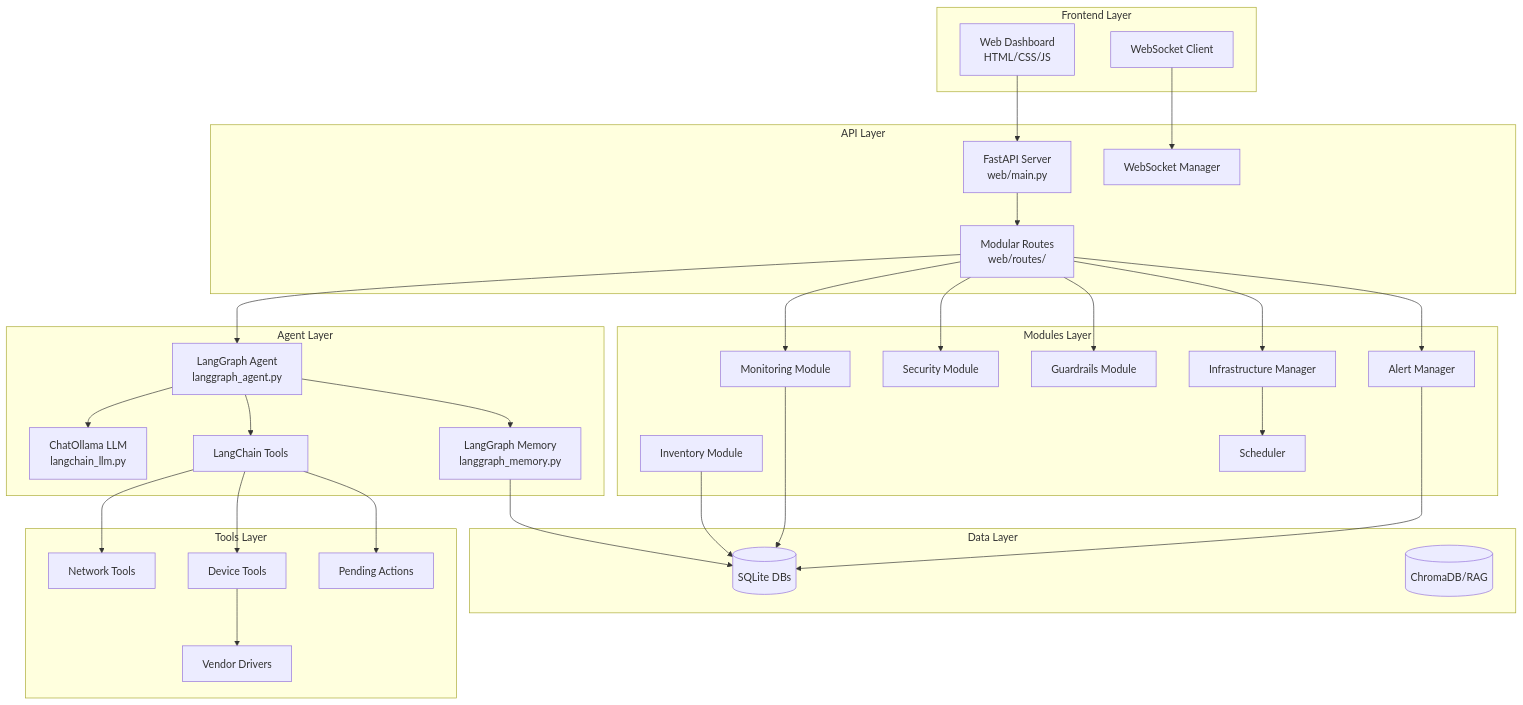
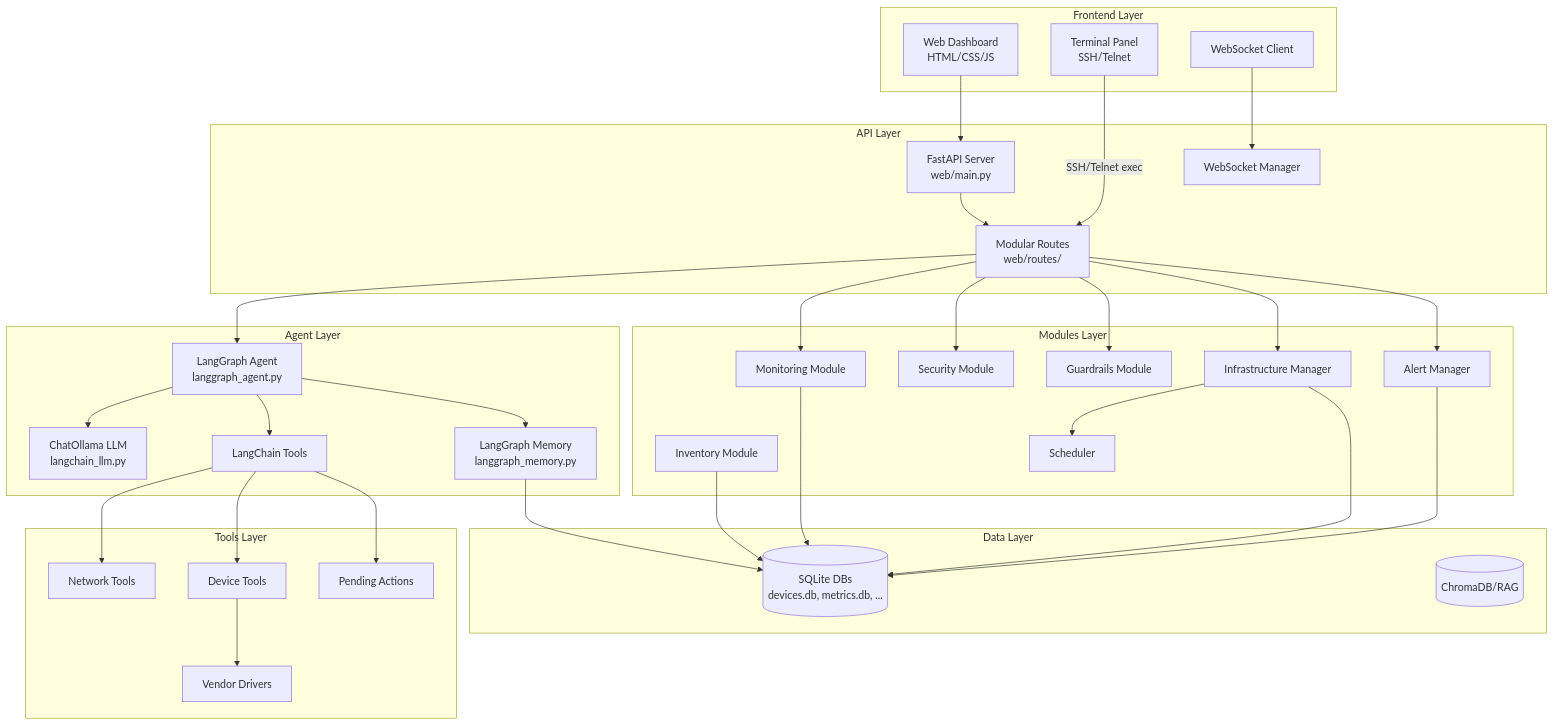
The first of 10 diagrams in README.md (IndraSugara/AgenticNet), drawn with Mermaid before and after one commit. The commit also changed other lines of this file and 39 other files, not shown here.

````diff
--- a/README.md
+++ b/README.md
@@ -11,64 +11,67 @@
 ```mermaid
 graph TB
     subgraph "Frontend Layer"
         WEB[Web Dashboard<br/>HTML/CSS/JS]
+        TERM[Terminal Panel<br/>SSH/Telnet]
         WS[WebSocket Client]
     end
     
     subgraph "API Layer"
         FASTAPI[FastAPI Server<br/>web/main.py]
         ROUTES[Modular Routes<br/>web/routes/]
         WSS[WebSocket Manager]
     end
     
     subgraph "Agent Layer"
         LANGGRAPH[LangGraph Agent<br/>langgraph_agent.py]
         LLM[ChatOllama LLM<br/>langchain_llm.py]
         TOOLS[LangChain Tools]
         MEMORY[LangGraph Memory<br/>langgraph_memory.py]
     end
     
     subgraph "Tools Layer"
         NETWORK[Network Tools]
         DEVICE[Device Tools]
         PENDING[Pending Actions]
         VENDOR[Vendor Drivers]
     end
     
     subgraph "Modules Layer"
         MONITOR[Monitoring Module]
         SECURITY[Security Module]
         GUARDRAILS[Guardrails Module]
         INVENTORY[Inventory Module]
         INFRA[Infrastructure Manager]
         ALERT[Alert Manager]
         SCHED[Scheduler]
     end
     
     subgraph "Data Layer"
-        SQLITE[(SQLite DBs)]
+        SQLITE[(SQLite DBs<br/>devices.db, metrics.db, ...)]
         CHROMA[(ChromaDB/RAG)]
     end
     
     WEB --> FASTAPI
+    TERM -->|SSH/Telnet exec| ROUTES
     WS --> WSS
     FASTAPI --> ROUTES
     ROUTES --> LANGGRAPH
     LANGGRAPH --> LLM
     LANGGRAPH --> TOOLS
     LANGGRAPH --> MEMORY
     TOOLS --> NETWORK
     TOOLS --> DEVICE
     TOOLS --> PENDING
     DEVICE --> VENDOR
     ROUTES --> MONITOR
     ROUTES --> SECURITY
     ROUTES --> GUARDRAILS
     ROUTES --> INFRA
     ROUTES --> ALERT
     INFRA --> SCHED
+    INFRA --> SQLITE
     MONITOR --> SQLITE
     INVENTORY --> SQLITE
     MEMORY --> SQLITE
     ALERT --> SQLITE
 ```
````
